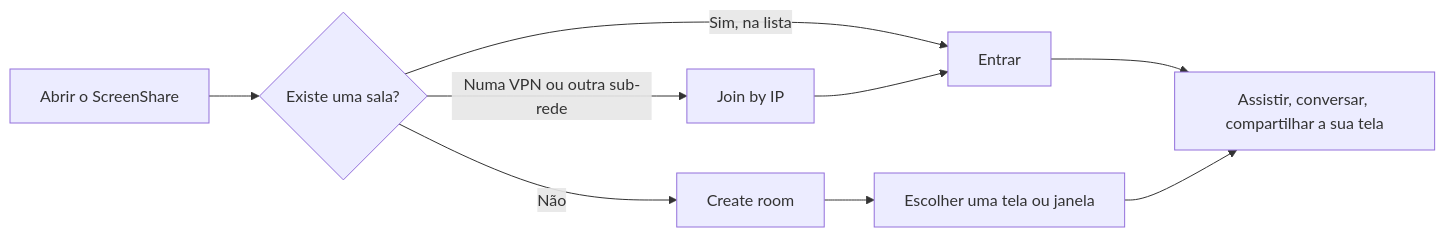
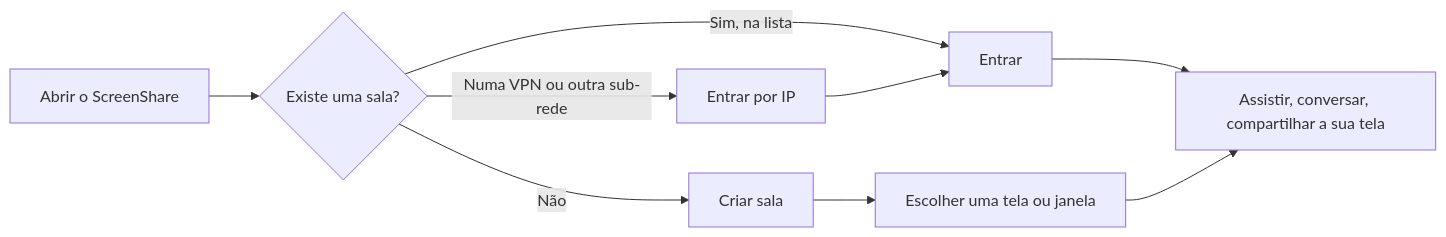
The diagram in docs/pt-BR/user-guide.md (nsfxu/lan-screenshare), drawn with Mermaid before and after one commit. The commit also changed other lines of this file and 19 other files, not shown here.

````diff
--- a/docs/pt-BR/user-guide.md
+++ b/docs/pt-BR/user-guide.md
@@ -32,9 +33,9 @@
 ```mermaid
 flowchart LR
   A["Abrir o ScreenShare"] --> B{"Existe uma sala?"}
   B -->|"Sim, na lista"| C["Entrar"]
-  B -->|"Numa VPN ou outra sub-rede"| D["Join by IP"] --> C
-  B -->|"Não"| E["Create room"] --> F["Escolher uma tela ou janela"]
+  B -->|"Numa VPN ou outra sub-rede"| D["Entrar por IP"] --> C
+  B -->|"Não"| E["Criar sala"] --> F["Escolher uma tela ou janela"]
   C --> G["Assistir, conversar, compartilhar a sua tela"]
   F --> G
 ```
````
